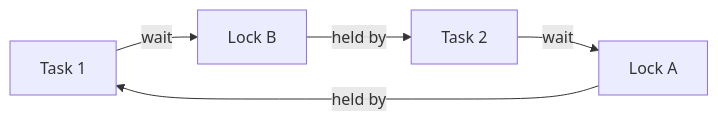
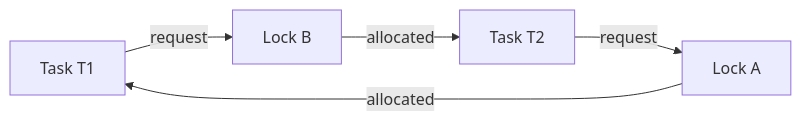
The second of 3 diagrams in learning/operating-systems/04-deadlocks.md (mj006648/netai-devsecops-runbook), drawn with Mermaid before and after one commit. The commit also changed other lines of this file and 165 other files, not shown here.

````diff
--- a/learning/operating-systems/04-deadlocks.md
+++ b/learning/operating-systems/04-deadlocks.md
@@ -30,7 +58,7 @@
 ```mermaid
 flowchart LR
-    T1[Task 1] -->|wait| B[Lock B]
-    B -->|held by| T2[Task 2]
-    T2 -->|wait| A[Lock A]
-    A -->|held by| T1
+    T1[Task T1] -->|request| LB[Lock B]
+    LB -->|allocated| T2[Task T2]
+    T2 -->|request| LA[Lock A]
+    LA -->|allocated| T1
 ```
````
